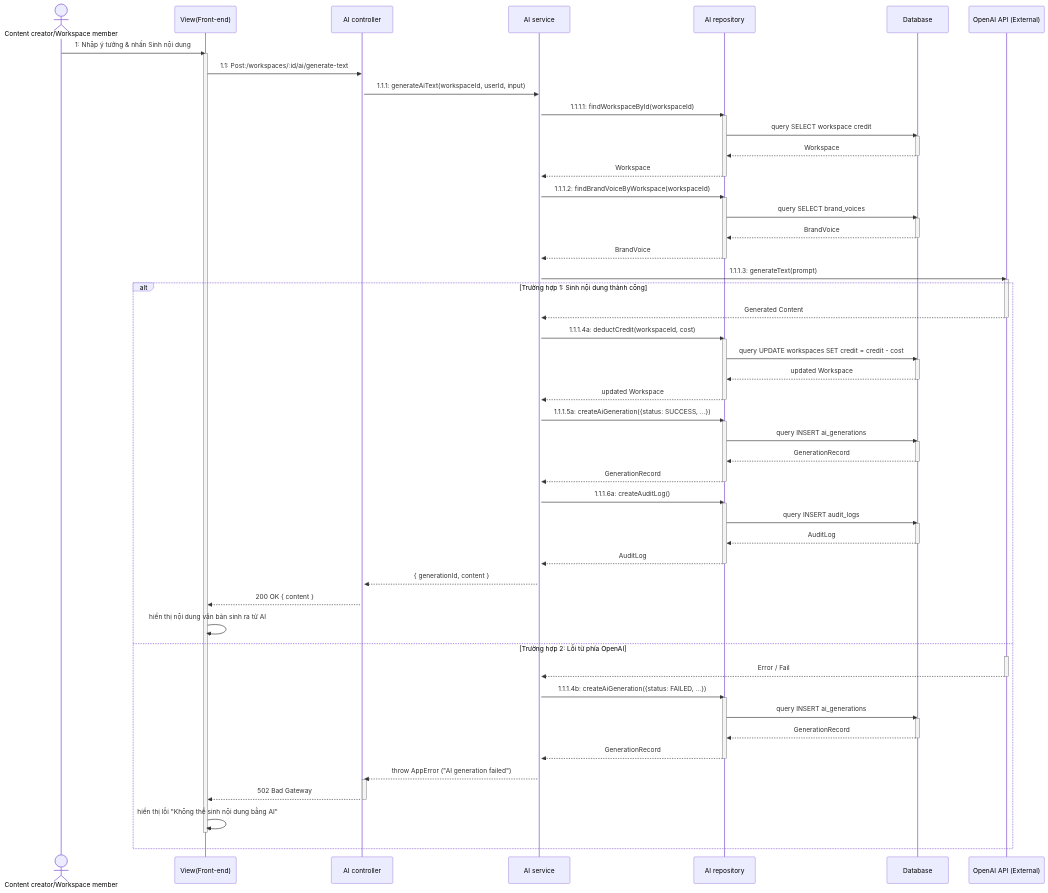
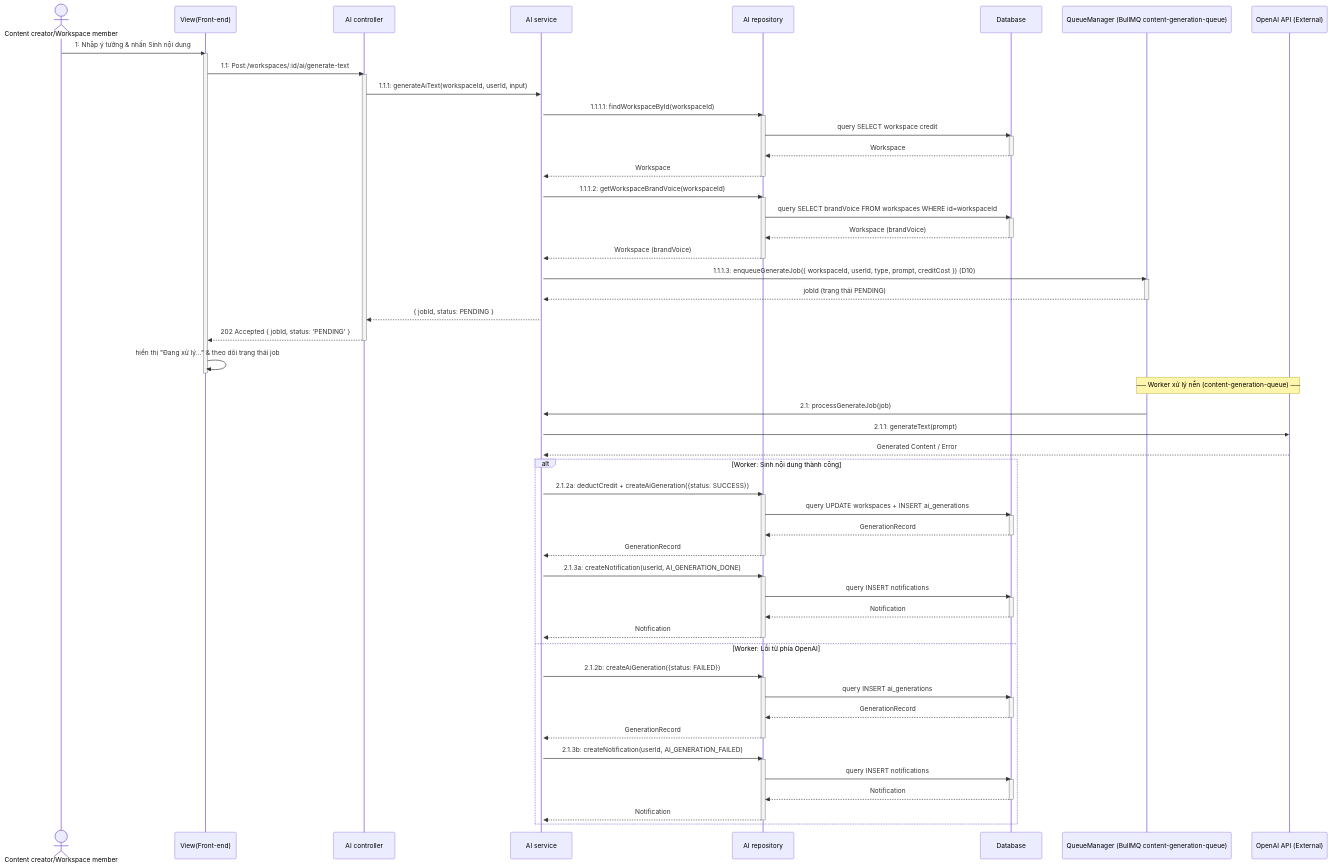
Diagram 25 of 44 in docs/function_layer_mapping.md (Pham-Hong-Ky/marka-capstone), drawn with Mermaid before and after one commit. The commit also changed other lines of this file and 47 other files, not shown here.

First line of the commit message:
docs: refresh architecture, API and database specs with UML diagrams

````diff
--- a/docs/function_layer_mapping.md
+++ b/docs/function_layer_mapping.md
@@ -1548,6 +1475,7 @@
     participant Service as AI service
     participant Repository as AI repository
     participant DB as Database
+    participant Queue as QueueManager (BullMQ content-generation-queue)
     participant OpenAI as OpenAI API (External)
 
     User->>View: 1: Nhập ý tưởng & nhấn Sinh nội dung
@@ -1566,32 +1494,51 @@
     Repository-->>Service: Workspace
     deactivate Repository
 
-    Service->>Repository: 1.1.1.2: findBrandVoiceByWorkspace(workspaceId)
+    Service->>Repository: 1.1.1.2: getWorkspaceBrandVoice(workspaceId)
     activate Repository
-    Repository->>DB: query SELECT brand_voices
+    Repository->>DB: query SELECT brandVoice FROM workspaces WHERE id=workspaceId
     activate DB
-    DB-->>Repository: BrandVoice
+    DB-->>Repository: Workspace (brandVoice)
     deactivate DB
-    Repository-->>Service: BrandVoice
+    Repository-->>Service: Workspace (brandVoice)
     deactivate Repository
 
-    Service->>OpenAI: 1.1.1.3: generateText(prompt)
-    activate OpenAI
+    Service->>Queue: 1.1.1.3: enqueueGenerateJob({ workspaceId, userId, type, prompt, creditCost })  (D10)
+    activate Queue
+    Queue-->>Service: jobId (trạng thái PENDING)
+    deactivate Queue
 
-    alt Trường hợp 1: Sinh nội dung thành công
-        OpenAI-->>Service: Generated Content
-        deactivate OpenAI
+    Service-->>Controller: { jobId, status: PENDING }
+    Controller-->>View: 202 Accepted { jobId, status: 'PENDING' }
+    deactivate Controller
+    View->>View: hiển thị "Đang xử lý..." & theo dõi trạng thái job
+    deactivate View
 
-        Service->>Repository: 1.1.1.4a: deductCredit(workspaceId, cost)
+    Note over Queue,OpenAI: ── Worker xử lý nền (content-generation-queue) ──
+    Queue->>Service: 2.1: processGenerateJob(job)
+    Service->>OpenAI: 2.1.1: generateText(prompt)
+    OpenAI-->>Service: Generated Content / Error
+
+    alt Worker: Sinh nội dung thành công
+        Service->>Repository: 2.1.2a: deductCredit + createAiGeneration({status: SUCCESS})
         activate Repository
-        Repository->>DB: query UPDATE workspaces SET credit = credit - cost
+        Repository->>DB: query UPDATE workspaces + INSERT ai_generations
         activate DB
-        DB-->>Repository: updated Workspace
+        DB-->>Repository: GenerationRecord
         deactivate DB
-        Repository-->>Service: updated Workspace
+        Repository-->>Service: GenerationRecord
         deactivate Repository
 
-        Service->>Repository: 1.1.1.5a: createAiGeneration({status: SUCCESS, ...})
+        Service->>Repository: 2.1.3a: createNotification(userId, AI_GENERATION_DONE)
+        activate Repository
+        Repository->>DB: query INSERT notifications
+        activate DB
+        DB-->>Repository: Notification
+        deactivate DB
+        Repository-->>Service: Notification
+        deactivate Repository
+    else Worker: Lỗi từ phía OpenAI
+        Service->>Repository: 2.1.2b: createAiGeneration({status: FAILED})
         activate Repository
         Repository->>DB: query INSERT ai_generations
         activate DB
@@ -1600,37 +1547,13 @@
         Repository-->>Service: GenerationRecord
         deactivate Repository
 
-        Service->>Repository: 1.1.1.6a: createAuditLog()
+        Service->>Repository: 2.1.3b: createNotification(userId, AI_GENERATION_FAILED)
         activate Repository
-        Repository->>DB: query INSERT audit_logs
+        Repository->>DB: query INSERT notifications
         activate DB
-        DB-->>Repository: AuditLog
+        DB-->>Repository: Notification
         deactivate DB
-        Repository-->>Service: AuditLog
+        Repository-->>Service: Notification
         deactivate Repository
-
-        Service-->>Controller: { generationId, content }
-        Controller-->>View: 200 OK { content }
-        View->>View: hiển thị nội dung văn bản sinh ra từ AI
-    else Trường hợp 2: Lỗi từ phía OpenAI
-        activate OpenAI
-        OpenAI-->>Service: Error / Fail
-        deactivate OpenAI
-
-        Service->>Repository: 1.1.1.4b: createAiGeneration({status: FAILED, ...})
-        activate Repository
-        Repository->>DB: query INSERT ai_generations
-        activate DB
-        DB-->>Repository: GenerationRecord
-        deactivate DB
-        Repository-->>Service: GenerationRecord
-        deactivate Repository
-
-        Service-->>Controller: throw AppError ("AI generation failed")
-        activate Controller
-        Controller-->>View: 502 Bad Gateway
-        deactivate Controller
-        View->>View: hiển thị lỗi "Không thể sinh nội dung bằng AI"
-        deactivate View
     end
 ```
````
